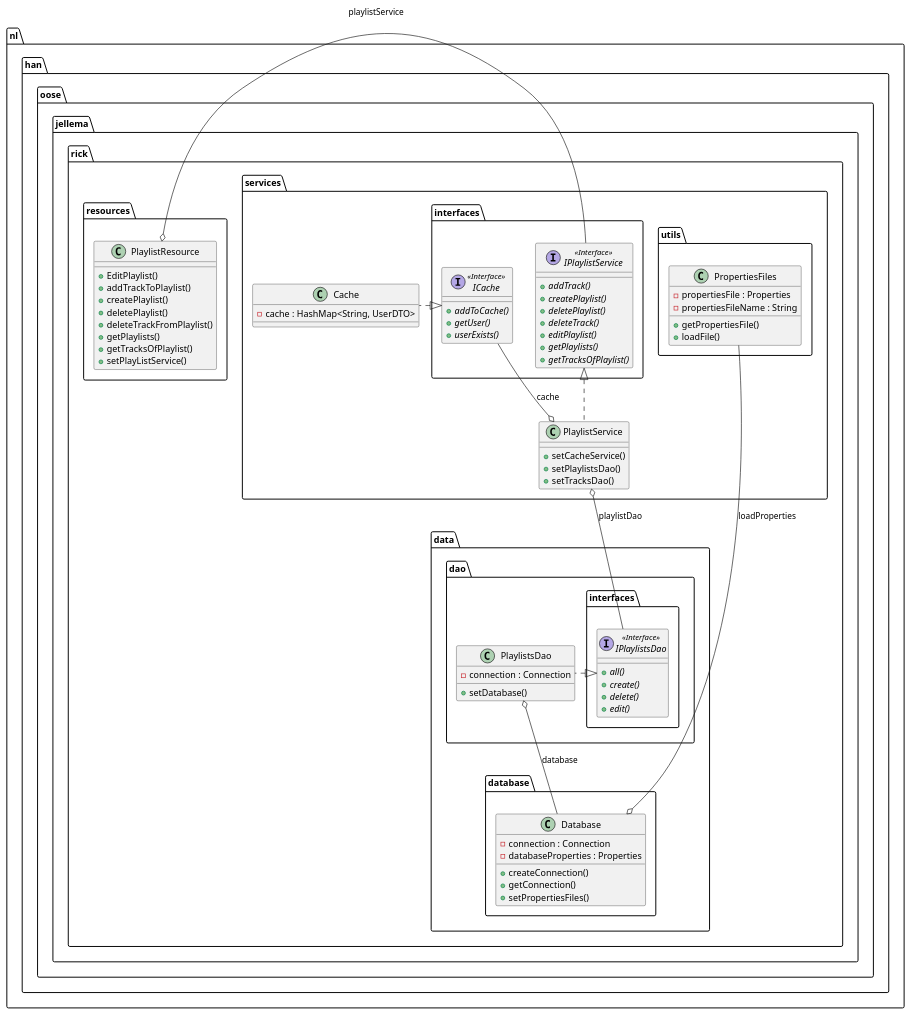
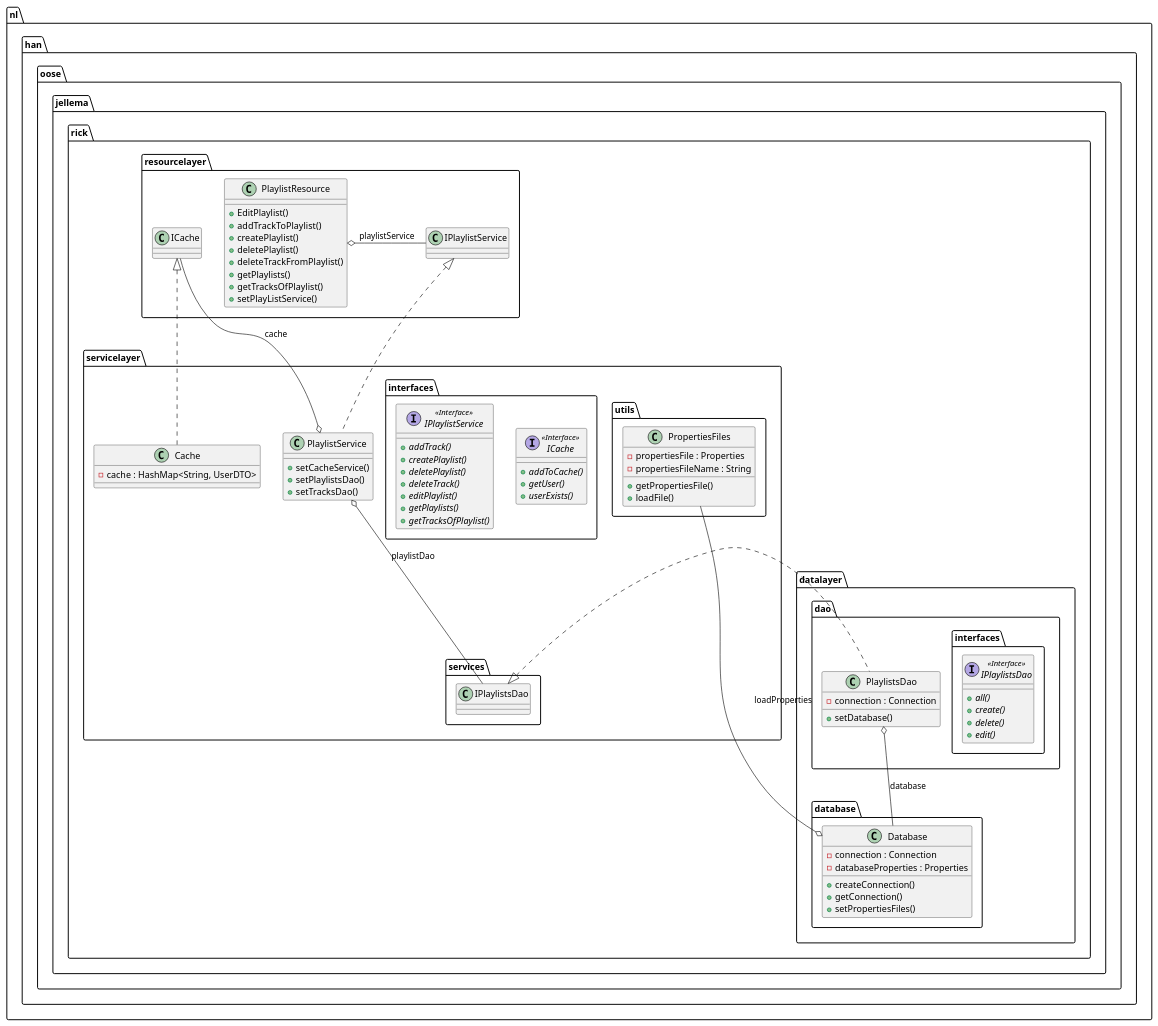
Before and after one commit to R-Jellema/HAN-DEA-Spotitube-Back-End-BP: the diagram in src/main/uml/Package Diagram without Interface overrides.puml, drawn with PlantUML. The commit also changed 303 other files, not shown here.

```diff
--- a/src/main/uml/Package Diagram without Interface overrides.puml
+++ b/src/main/uml/Package Diagram without Interface overrides.puml
@@ -1,100 +1,100 @@
 @startuml
 
 
-namespace nl.han.oose.jellema.rick.data {
-namespace nl.han.oose.jellema.rick.data.database {
-    class nl.han.oose.jellema.rick.data.database.Database {
+namespace nl.han.oose.jellema.rick.datalayer {
+namespace nl.han.oose.jellema.rick.datalayer.database {
+    class nl.han.oose.jellema.rick.datalayer.database.Database {
         - connection : Connection
         - databaseProperties : Properties
         + createConnection()
         + getConnection()
         + setPropertiesFiles()
     }
   }
 
 
 
-  namespace nl.han.oose.jellema.rick.data.dao {
-    class nl.han.oose.jellema.rick.data.dao.PlaylistsDao {
+  namespace nl.han.oose.jellema.rick.datalayer.dao {
+    class nl.han.oose.jellema.rick.datalayer.dao.PlaylistsDao {
         - connection : Connection
         + setDatabase()
     }
 
     namespace interfaces {
           interface IPlaylistsDao <<Interface>> {
               {abstract} + all()
               {abstract} + create()
               {abstract} + delete()
               {abstract} + edit()
           }
     }
 
   }
   }
 
-  nl.han.oose.jellema.rick.data.dao.PlaylistsDao .left.|> nl.han.oose.jellema.rick.data.dao.interfaces.IPlaylistsDao
-  nl.han.oose.jellema.rick.data.dao.PlaylistsDao o-- nl.han.oose.jellema.rick.data.database.Database : database
+  nl.han.oose.jellema.rick.datalayer.dao.PlaylistsDao .left.|> nl.han.oose.jellema.rick.servicelayer.services.IPlaylistsDao
+  nl.han.oose.jellema.rick.datalayer.dao.PlaylistsDao o-- nl.han.oose.jellema.rick.datalayer.database.Database : database
 
 
-    namespace nl.han.oose.jellema.rick.services {
+    namespace nl.han.oose.jellema.rick.servicelayer {
     namespace utils {
         class PropertiesFiles {
             - propertiesFile : Properties
             - propertiesFileName : String
             + getPropertiesFile()
             + loadFile()
           }
         }
 
 
       class Cache {
           - cache : HashMap<String, UserDTO>
       }
 
         class PlaylistService {
             + setCacheService()
             + setPlaylistsDao()
             + setTracksDao()
         }
 
             namespace interfaces {
               interface ICache <<Interface>> {
                   {abstract} + addToCache()
                   {abstract} + getUser()
                   {abstract} + userExists()
               }
 
               interface IPlaylistService <<Interface>> {
                   {abstract} + addTrack()
                   {abstract} + createPlaylist()
                   {abstract} + deletePlaylist()
                   {abstract} + deleteTrack()
                   {abstract} + editPlaylist()
                   {abstract} + getPlaylists()
                   {abstract} + getTracksOfPlaylist()
               }
             }
       }
- nl.han.oose.jellema.rick.data.database.Database o-right- nl.han.oose.jellema.rick.services.utils.PropertiesFiles : loadProperties
-      nl.han.oose.jellema.rick.services.Cache .left.|> nl.han.oose.jellema.rick.services.interfaces.ICache
-      nl.han.oose.jellema.rick.services.PlaylistService .left.|> nl.han.oose.jellema.rick.services.interfaces.IPlaylistService
-      nl.han.oose.jellema.rick.services.PlaylistService o-- nl.han.oose.jellema.rick.data.dao.interfaces.IPlaylistsDao : playlistDao
-      nl.han.oose.jellema.rick.services.interfaces.ICache --o nl.han.oose.jellema.rick.services.PlaylistService : cache
+ nl.han.oose.jellema.rick.datalayer.database.Database o-right- nl.han.oose.jellema.rick.servicelayer.utils.PropertiesFiles : loadProperties
+      nl.han.oose.jellema.rick.servicelayer.Cache .left.|> nl.han.oose.jellema.rick.resourcelayer.ICache
+      nl.han.oose.jellema.rick.servicelayer.PlaylistService .left.|> nl.han.oose.jellema.rick.resourcelayer.IPlaylistService
+      nl.han.oose.jellema.rick.servicelayer.PlaylistService o-- nl.han.oose.jellema.rick.servicelayer.services.IPlaylistsDao : playlistDao
+      nl.han.oose.jellema.rick.resourcelayer.ICache --o nl.han.oose.jellema.rick.servicelayer.PlaylistService : cache
 
-        namespace nl.han.oose.jellema.rick.resources {
-          class nl.han.oose.jellema.rick.resources.PlaylistResource {
+        namespace nl.han.oose.jellema.rick.resourcelayer {
+          class nl.han.oose.jellema.rick.resourcelayer.PlaylistResource {
               + EditPlaylist()
               + addTrackToPlaylist()
               + createPlaylist()
               + deletePlaylist()
               + deleteTrackFromPlaylist()
               + getPlaylists()
               + getTracksOfPlaylist()
               + setPlayListService()
           }
         }
 
-        nl.han.oose.jellema.rick.resources.PlaylistResource o-right- nl.han.oose.jellema.rick.services.interfaces.IPlaylistService : playlistService
+        nl.han.oose.jellema.rick.resourcelayer.PlaylistResource o-right- nl.han.oose.jellema.rick.resourcelayer.IPlaylistService : playlistService
 
 
 @enduml
```
